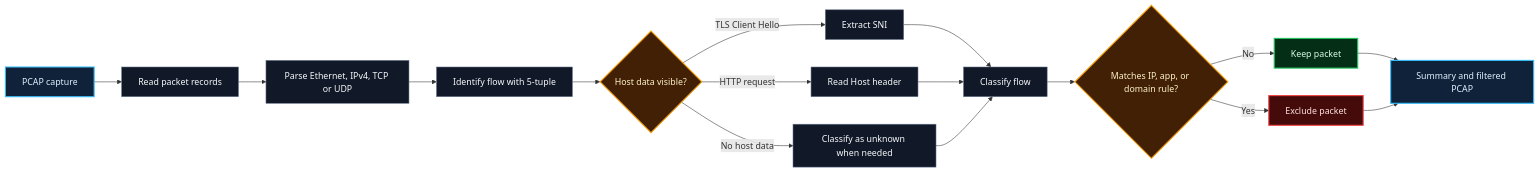
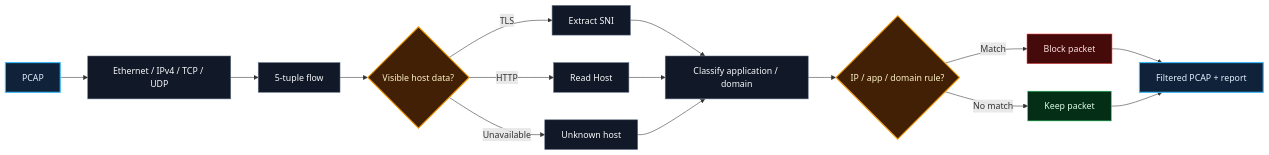
One commit to Pradeep-Kumar-30/pradeep-kumar-30 changed the first of 4 diagrams in README.md. Above: the diagram before and after it, drawn with Mermaid. The commit also changed other lines of this file, not shown here.

````diff
--- a/README.md
+++ b/README.md
@@ -49,29 +44,27 @@
 ```mermaid
 flowchart LR
-    A[PCAP capture] --> B[Read packet records]
-    B --> C[Parse Ethernet, IPv4, TCP or UDP]
-    C --> D[Identify flow with 5-tuple]
-    D --> E{Host data visible?}
-    E -->|TLS Client Hello| F[Extract SNI]
-    E -->|HTTP request| G[Read Host header]
-    E -->|No host data| H[Classify as unknown when needed]
-    F --> I[Classify flow]
-    G --> I
-    H --> I
-    I --> J{Matches IP, app, or domain rule?}
-    J -->|No| K[Keep packet]
-    J -->|Yes| L[Exclude packet]
-    K --> M[Summary and filtered PCAP]
-    L --> M
-
+    A[PCAP] --> B[Ethernet / IPv4 / TCP / UDP]
+    B --> C[5-tuple flow]
+    C --> D{Visible host data?}
+    D -->|TLS| E[Extract SNI]
+    D -->|HTTP| F[Read Host]
+    D -->|Unavailable| G[Unknown host]
+    E --> H[Classify application / domain]
+    F --> H
+    G --> H
+    H --> I{IP / app / domain rule?}
+    I -->|Match| J[Block packet]
+    I -->|No match| K[Keep packet]
+    J --> L[Filtered PCAP + report]
+    K --> L
     classDef input fill:#10213A,stroke:#38BDF8,color:#E0F2FE,stroke-width:2px
     classDef step fill:#111827,stroke:#64748B,color:#F8FAFC
-    classDef choice fill:#422006,stroke:#F59E0B,color:#FEF3C7,stroke-width:2px
-    classDef allow fill:#052E16,stroke:#22C55E,color:#DCFCE7,stroke-width:2px
-    classDef block fill:#450A0A,stroke:#EF4444,color:#FEE2E2,stroke-width:2px
-    class A,M input
-    class B,C,D,F,G,H,I step
-    class E,J choice
+    classDef gate fill:#422006,stroke:#F59E0B,color:#FEF3C7,stroke-width:2px
+    classDef block fill:#450A0A,stroke:#EF4444,color:#FEE2E2
+    classDef allow fill:#052E16,stroke:#22C55E,color:#DCFCE7
+    class A,L input
+    class B,C,E,F,G,H step
+    class D,I gate
+    class J block
     class K allow
-    class L block
 ```
````
